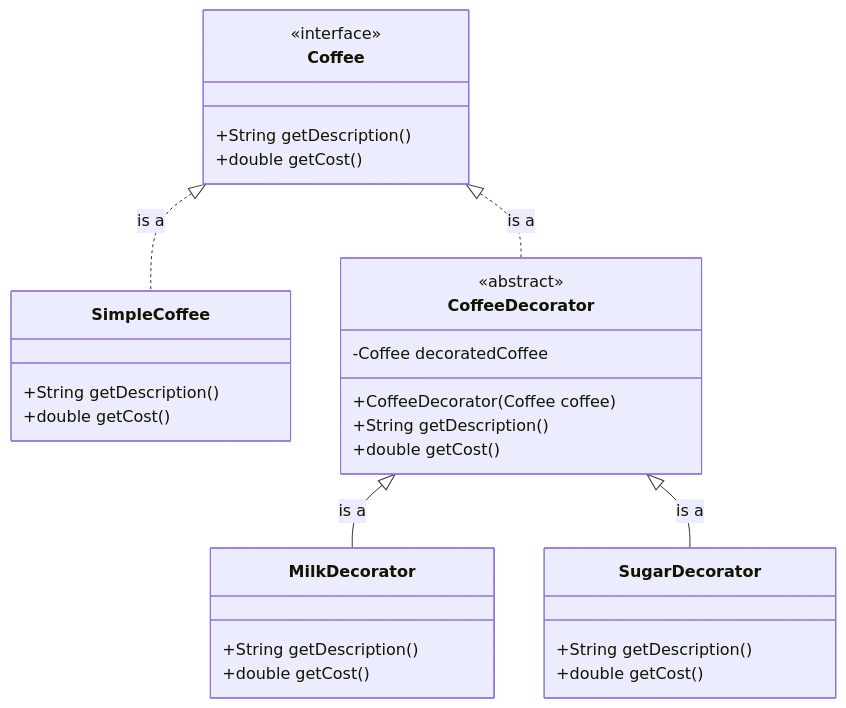
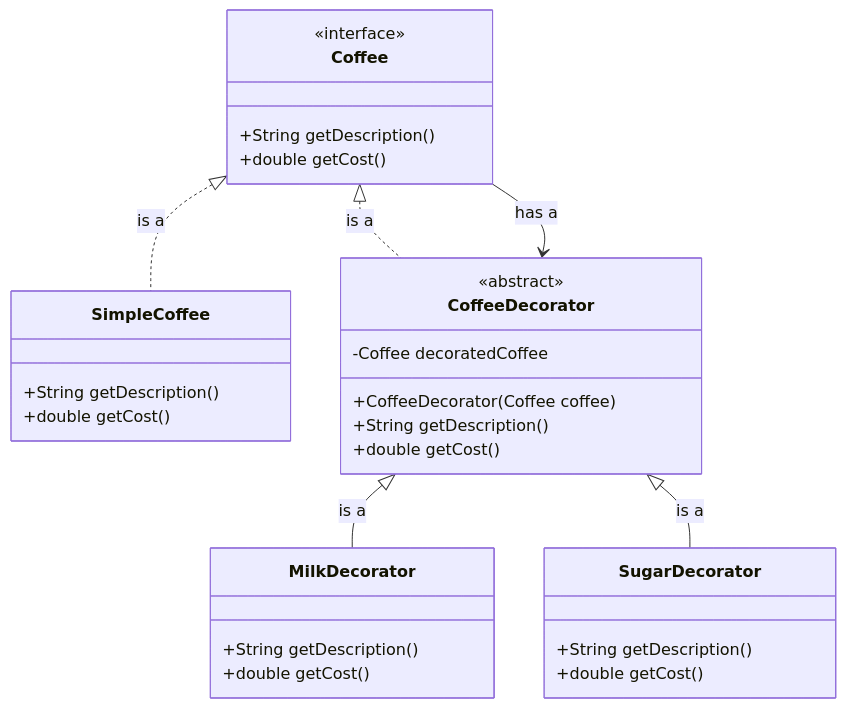
The diagram in structural/Decorator/Decorator.md (sachinyadav111140/designPattern), drawn with Mermaid before and after one commit.

Commit message:
document for design pattern

````diff
--- a/structural/Decorator/Decorator.md
+++ b/structural/Decorator/Decorator.md
@@ -92,37 +92,37 @@
 ```mermaid
 classDiagram
     class Coffee {
         <<interface>>
         +String getDescription()
         +double getCost()
     }
 
     class SimpleCoffee {
         +String getDescription()
         +double getCost()
     }
 
     class CoffeeDecorator {
         <<abstract>>
         -Coffee decoratedCoffee
         +CoffeeDecorator(Coffee coffee)
         +String getDescription()
         +double getCost()
     }
 
     class MilkDecorator {
         +String getDescription()
         +double getCost()
     }
 
     class SugarDecorator {
         +String getDescription()
         +double getCost()
     }
 
     Coffee <|.. SimpleCoffee : is a
     Coffee <|.. CoffeeDecorator : is a
     CoffeeDecorator <|-- MilkDecorator : is a
     CoffeeDecorator <|-- SugarDecorator : is a
-
+    Coffee --> CoffeeDecorator : has a
 ```
````
